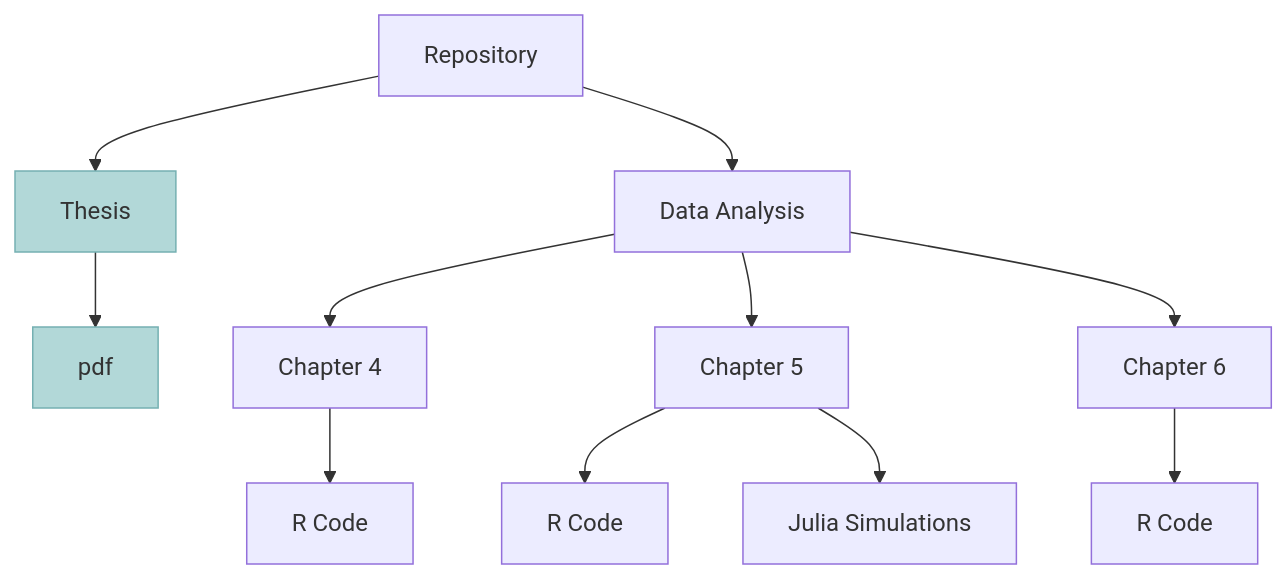
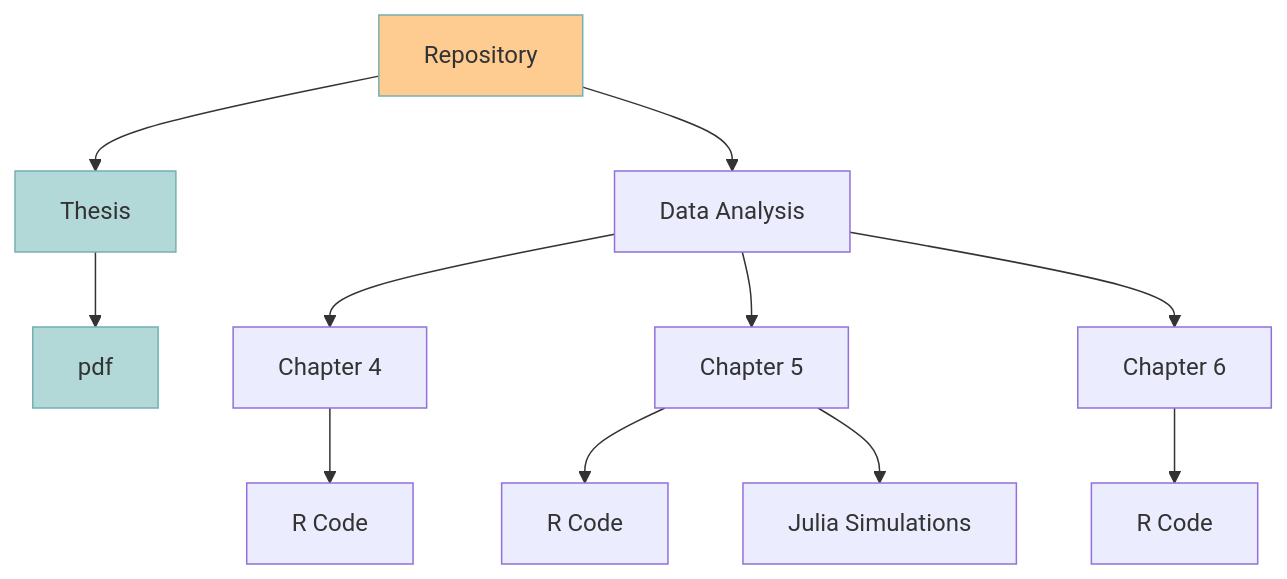
Before and after one commit to Raquel-Montero/PhDThesis: the diagram in README.md, drawn with Mermaid.

````diff
--- a/README.md
+++ b/README.md
@@ -6,15 +6,17 @@
 ```mermaid
 graph TD;
     A[Repository] -->B[Thesis];
     B[Thesis] -->B1[pdf];
     A[Repository]-->C[Data Analysis];
     C[Data Analysis] --> D[Chapter 4];
     D[Chapter 4] --> D1[R Code];
     C[Data Analysis] --> E[Chapter 5];
     E[Chapter 5] --> E1[R Code];
     E[Chapter 5] --> E2[Julia Simulations];
     C[Data Analysis] --> F[Chapter 6];
     F[Chapter 6] --> F1[R Code];
+
+style A fill:#fecc91, stroke:#75b0b2
 style B fill:#b2d8d8, stroke:#75b0b2
 style B1 fill:#b2d8d8, stroke:#75b0b2
 ```
````
